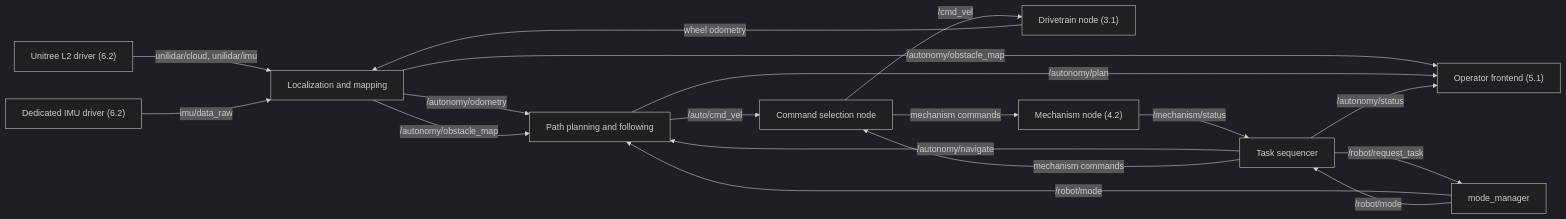
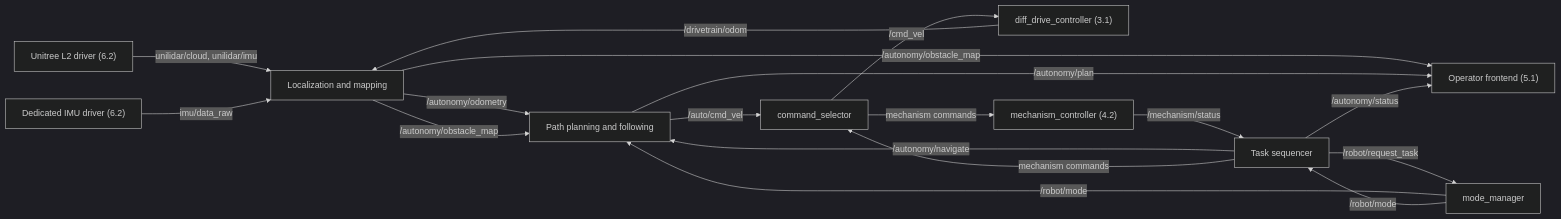
The second of 2 diagrams in docs/design/autonomy.md (STAR-Robotics-Team/starrt-luna-software), drawn with Mermaid (dark theme) before and after one commit. The commit also changed other lines of this file and 4 other files, not shown here.

````diff
--- a/docs/design/autonomy.md
+++ b/docs/design/autonomy.md
@@ -342,20 +345,20 @@
 ```mermaid
 flowchart LR
   lidar["Unitree L2 driver (6.2)"] -- "unilidar/cloud, unilidar/imu" --> loc["Localization and mapping"]
   imu["Dedicated IMU driver (6.2)"] -- "imu/data_raw" --> loc
-  dt["Drivetrain node (3.1)"] -- "wheel odometry" --> loc
+  dt["diff_drive_controller (3.1)"] -- "/drivetrain/odom" --> loc
   loc -- "/autonomy/odometry" --> plan["Path planning and following"]
   loc -- "/autonomy/obstacle_map" --> plan
   loc -- "/autonomy/obstacle_map" --> op["Operator frontend (5.1)"]
   plan -- "/autonomy/plan" --> op
   seq["Task sequencer"] -- "/autonomy/navigate" --> plan
   seq -- "/robot/request_task" --> mm["mode_manager"]
   mm -- "/robot/mode" --> plan
   mm -- "/robot/mode" --> seq
-  mech["Mechanism node (4.2)"] -- "/mechanism/status" --> seq
-  plan -- "/auto/cmd_vel" --> sel["Command selection node"]
+  mech["mechanism_controller (4.2)"] -- "/mechanism/status" --> seq
+  plan -- "/auto/cmd_vel" --> sel["command_selector"]
   seq -- "mechanism commands" --> sel
   seq -- "/autonomy/status" --> op
   sel -- "/cmd_vel" --> dt
   sel -- "mechanism commands" --> mech
 ```
````
